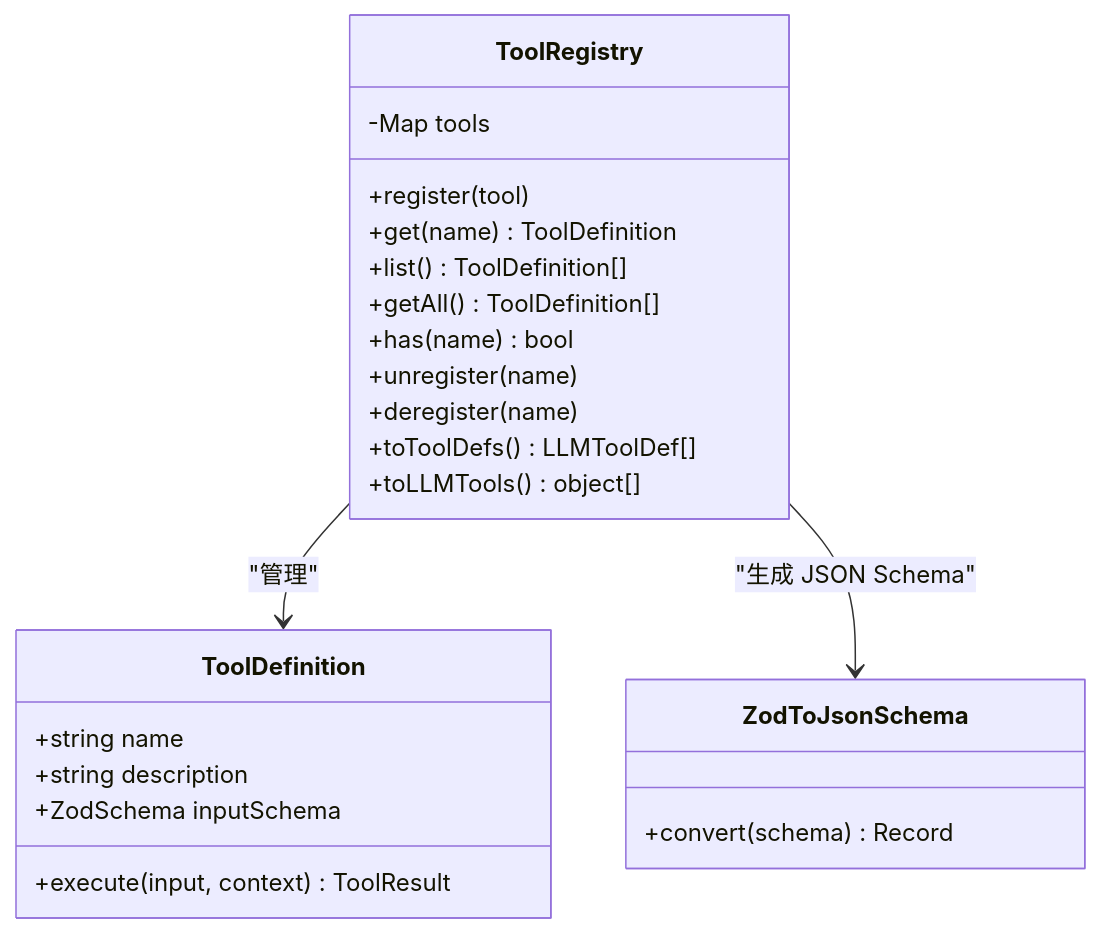
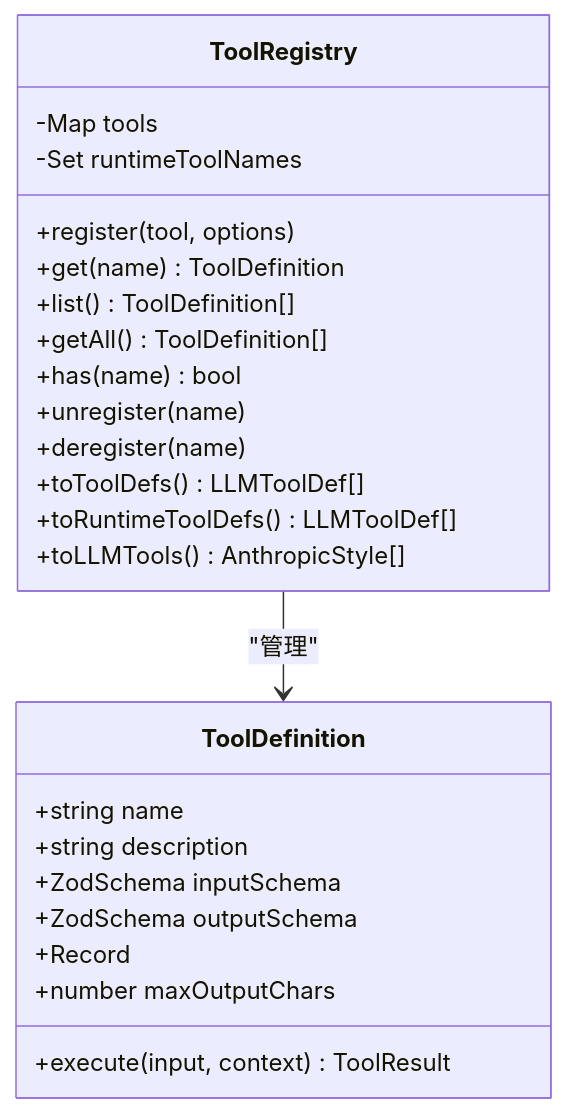
One commit to haolange/open-multi-agent changed the third of 6 diagrams in .qoder/repowiki/zh/content/工具系统/工具系统.md. Above: the diagram before and after it, drawn with Mermaid. The commit also changed other lines of this file and 100 other files, not shown here.

````diff
--- a/.qoder/repowiki/zh/content/工具系统/工具系统.md
+++ b/.qoder/repowiki/zh/content/工具系统/工具系统.md
@@ -146,26 +174,27 @@
 ```mermaid
 classDiagram
 class ToolDefinition {
 +string name
 +string description
 +ZodSchema inputSchema
++ZodSchema outputSchema
++Record<llmInputSchema>
++number maxOutputChars
 +execute(input, context) ToolResult
 }
 class ToolRegistry {
 -Map tools
-+register(tool)
+-Set runtimeToolNames
++register(tool, options)
 +get(name) ToolDefinition
 +list() ToolDefinition[]
 +getAll() ToolDefinition[]
 +has(name) bool
 +unregister(name)
 +deregister(name)
 +toToolDefs() LLMToolDef[]
-+toLLMTools() object[]
-}
-class ZodToJsonSchema {
-+convert(schema) Record
++toRuntimeToolDefs() LLMToolDef[]
++toLLMTools() AnthropicStyle[]
 }
 ToolRegistry --> ToolDefinition : "管理"
-ToolRegistry --> ZodToJsonSchema : "生成 JSON Schema"
 ```
````
